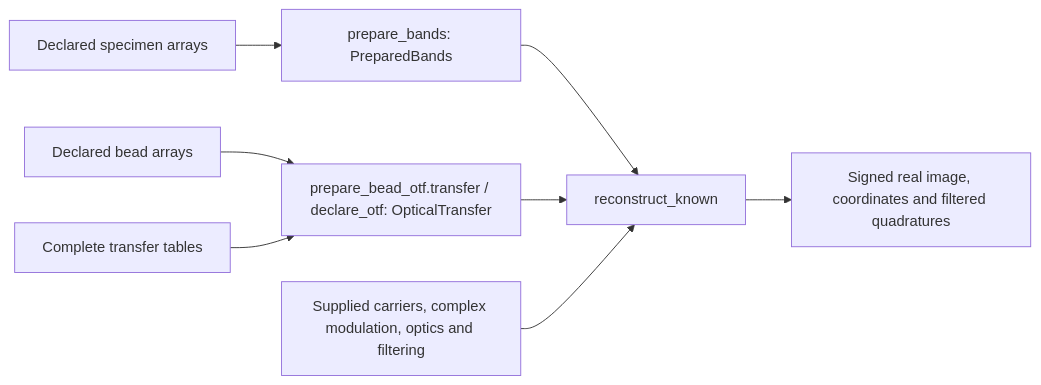
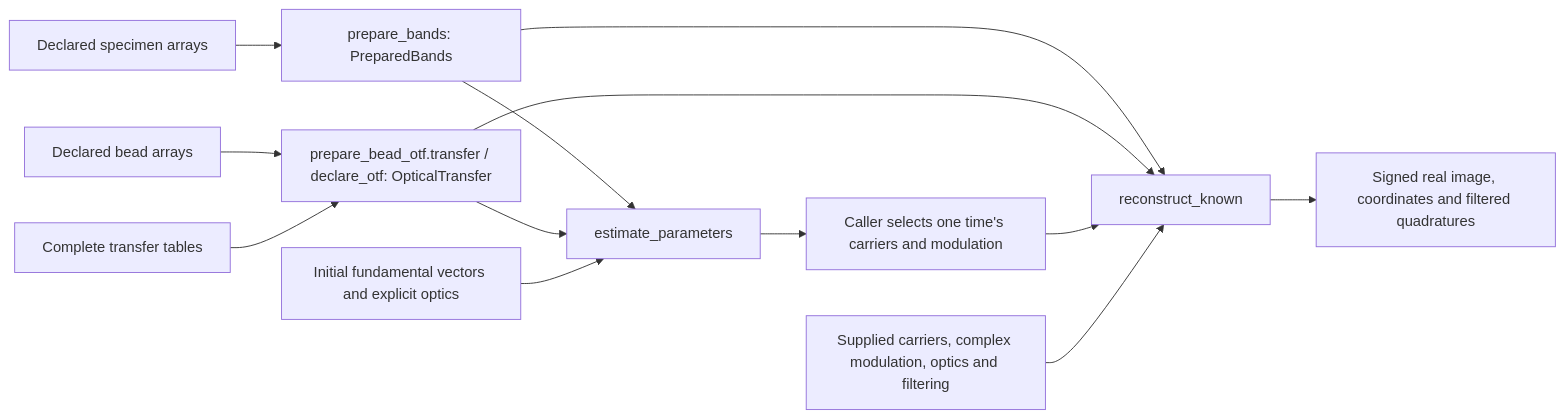
The third of 7 diagrams in docs/architecture/data-flow.md (david-hoffman/simrecon), drawn with Mermaid before and after one commit. The commit also changed other lines of this file and 24 other files, not shown here.

First line of the commit message:
Estimate illumination carriers and modulation from prepared bands (#75)

````diff
--- a/docs/architecture/data-flow.md
+++ b/docs/architecture/data-flow.md
@@ -64,10 +64,15 @@
 ```mermaid
 flowchart LR
     Exposures["Declared specimen arrays"] --> Bands["prepare_bands: PreparedBands"]
     Beads["Declared bead arrays"] --> Transfer["prepare_bead_otf.transfer / declare_otf: OpticalTransfer"]
     Tables["Complete transfer tables"] --> Transfer
     Bands --> Known["reconstruct_known"]
     Transfer --> Known
+    Bands --> Estimate["estimate_parameters"]
+    Transfer --> Estimate
+    Initial["Initial fundamental vectors and explicit optics"] --> Estimate
+    Estimate --> Selected["Caller selects one time's carriers and modulation"]
+    Selected --> Known
     Params["Supplied carriers, complex modulation, optics and filtering"] --> Known
     Known --> Image["Signed real image, coordinates and filtered quadratures"]
 ```
````
